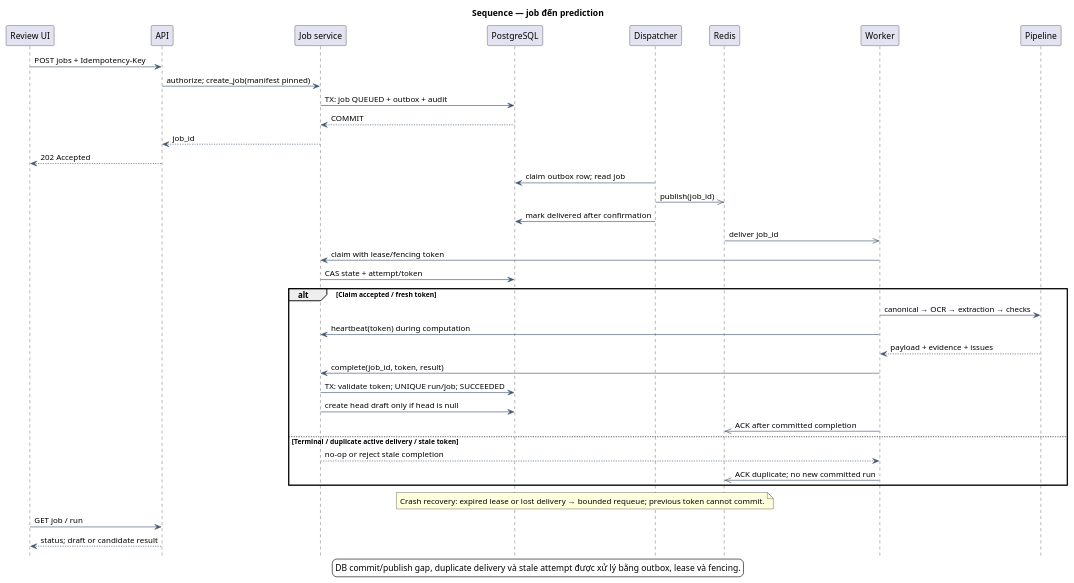
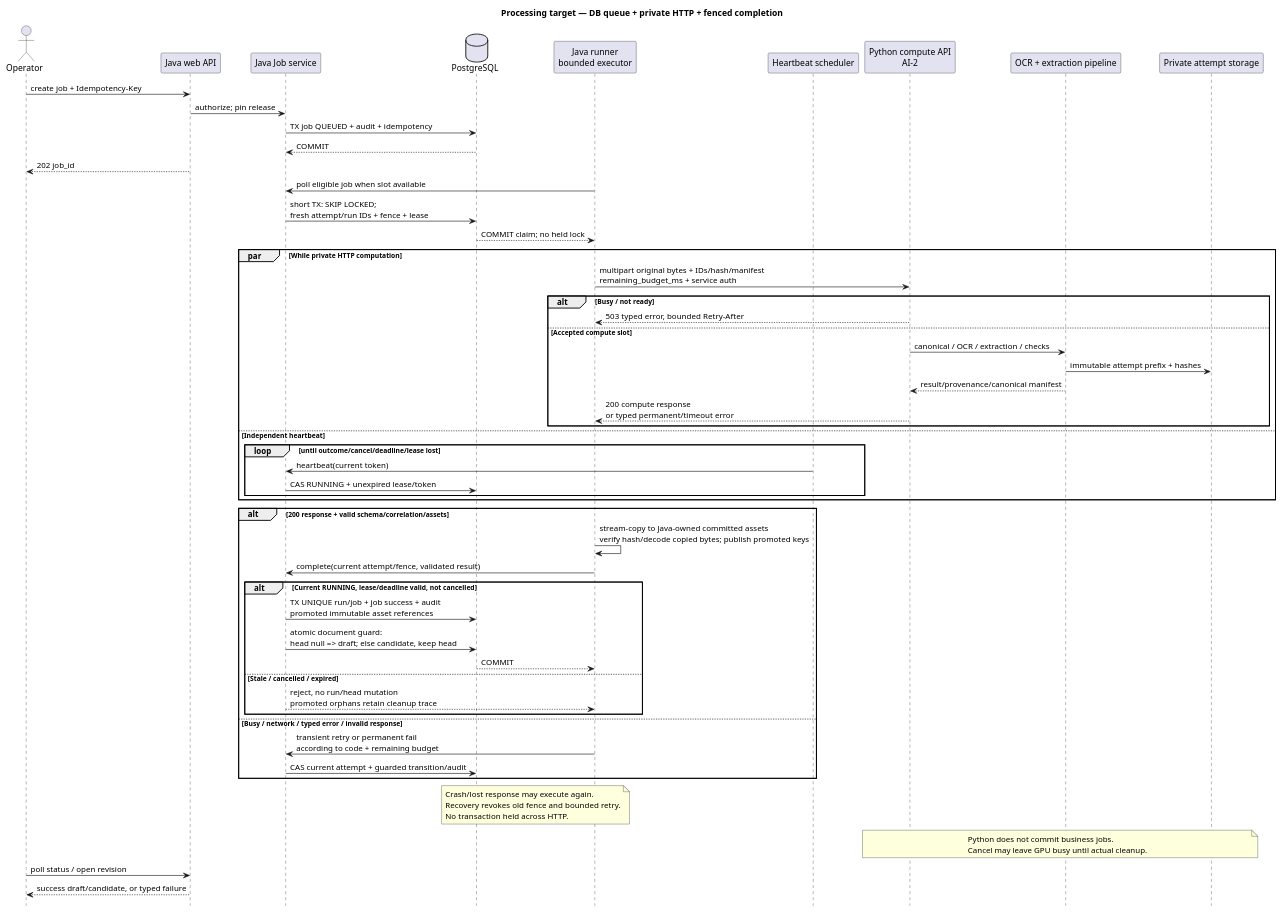
The diagram in docs/uml/03-processing-sequence.puml (harivodich/SE2026-T08), drawn with PlantUML before and after one commit. The commit also changed 107 other files, not shown here.

Commit message:
docs: redesign VietDoc for Java backend and Python AI

```diff
--- a/docs/uml/03-processing-sequence.puml
+++ b/docs/uml/03-processing-sequence.puml
@@ -1,48 +1,64 @@
 @startuml
-title Sequence — job đến prediction
+title Processing target — DB queue + private HTTP + fenced completion
 skinparam defaultFontName Arial
 skinparam shadowing false
-skinparam backgroundColor #FFFFFF
-skinparam ArrowColor #405670
 hide footbox
-participant "Review UI" as ui
-participant "API" as api
-participant "Job service" as svc
-participant "PostgreSQL" as db
-participant "Dispatcher" as dispatch
-participant "Redis" as broker
-participant "Worker" as worker
-participant "Pipeline" as pipe
-ui -> api : POST jobs + Idempotency-Key
-api -> svc : authorize; create_job(manifest pinned)
-svc -> db : TX: job QUEUED + outbox + audit
-db --> svc : COMMIT
-svc --> api : job_id
-api --> ui : 202 Accepted
-dispatch -> db : claim outbox row; read job
-dispatch ->> broker : publish(job_id)
-dispatch -> db : mark delivered after confirmation
-broker ->> worker : deliver job_id
-worker -> svc : claim with lease/fencing token
-svc -> db : CAS state + attempt/token
-alt Claim accepted / fresh token
-worker -> pipe : canonical → OCR → extraction → checks
-worker -> svc : heartbeat(token) during computation
-pipe --> worker : payload + evidence + issues
-worker -> svc : complete(job_id, token, result)
-svc -> db : TX: validate token; UNIQUE run/job; SUCCEEDED
-svc -> db : create head draft only if head is null
-worker ->> broker : ACK after committed completion
-else Terminal / duplicate active delivery / stale token
-svc --> worker : no-op or reject stale completion
-worker ->> broker : ACK duplicate; no new committed run
+actor "Operator" as user
+participant "Java web API" as api
+participant "Java Job service" as jobs
+database "PostgreSQL" as db
+participant "Java runner\nbounded executor" as runner
+participant "Heartbeat scheduler" as beat
+participant "Python compute API\nAI-2" as ai
+participant "OCR + extraction pipeline" as pipeline
+participant "Private attempt storage" as storage
+user -> api : create job + Idempotency-Key
+api -> jobs : authorize; pin release
+jobs -> db : TX job QUEUED + audit + idempotency
+db --> jobs : COMMIT
+api --> user : 202 job_id
+runner -> jobs : poll eligible job when slot available
+jobs -> db : short TX: SKIP LOCKED;\nfresh attempt/run IDs + fence + lease
+db --> runner : COMMIT claim; no held lock
+par While private HTTP computation
+ runner -> ai : multipart original bytes + IDs/hash/manifest\nremaining_budget_ms + service auth
+ alt Busy / not ready
+  ai --> runner : 503 typed error, bounded Retry-After
+ else Accepted compute slot
+  ai -> pipeline : canonical / OCR / extraction / checks
+  pipeline -> storage : immutable attempt prefix + hashes
+  pipeline --> ai : result/provenance/canonical manifest
+  ai --> runner : 200 compute response\nor typed permanent/timeout error
+ end
+else Independent heartbeat
+ loop until outcome/cancel/deadline/lease lost
+  beat -> jobs : heartbeat(current token)
+  jobs -> db : CAS RUNNING + unexpired lease/token
+ end
 end
-note over dispatch,db
-Crash recovery: expired lease or lost delivery → bounded requeue; previous token cannot commit.
+alt 200 response + valid schema/correlation/assets
+ runner -> runner : stream-copy to Java-owned committed assets\nverify hash/decode copied bytes; publish promoted keys
+ runner -> jobs : complete(current attempt/fence, validated result)
+ alt Current RUNNING, lease/deadline valid, not cancelled
+  jobs -> db : TX UNIQUE run/job + job success + audit\npromoted immutable asset references
+  jobs -> db : atomic document guard:\nhead null => draft; else candidate, keep head
+  db --> runner : COMMIT
+ else Stale / cancelled / expired
+  jobs --> runner : reject, no run/head mutation\npromoted orphans retain cleanup trace
+ end
+else Busy / network / typed error / invalid response
+ runner -> jobs : transient retry or permanent fail\naccording to code + remaining budget
+ jobs -> db : CAS current attempt + guarded transition/audit
+end
+note over runner,db
+Crash/lost response may execute again.
+Recovery revokes old fence and bounded retry.
+No transaction held across HTTP.
 end note
-ui -> api : GET job / run
-api --> ui : status; draft or candidate result
-legend bottom
-DB commit/publish gap, duplicate delivery và stale attempt được xử lý bằng outbox, lease và fencing.
-endlegend
+note over ai,storage
+Python does not commit business jobs.
+Cancel may leave GPU busy until actual cleanup.
+end note
+user -> api : poll status / open revision
+api --> user : success draft/candidate, or typed failure
 @enduml
```
